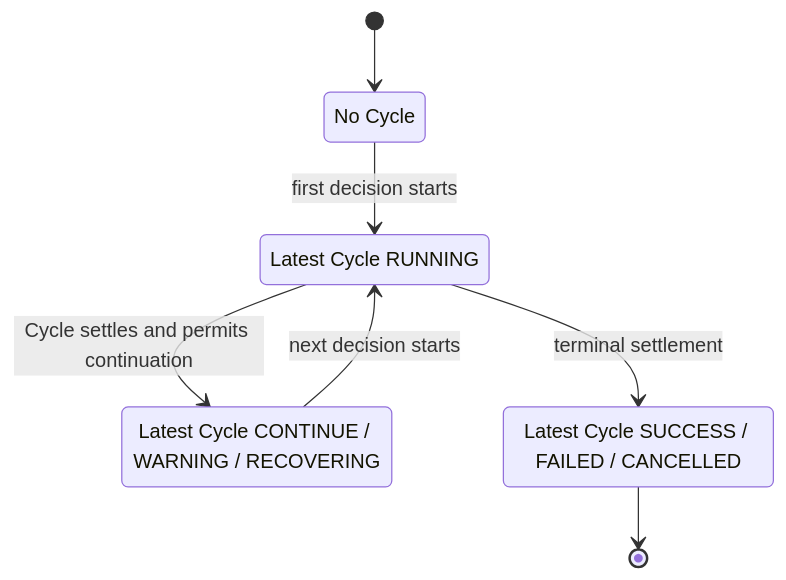
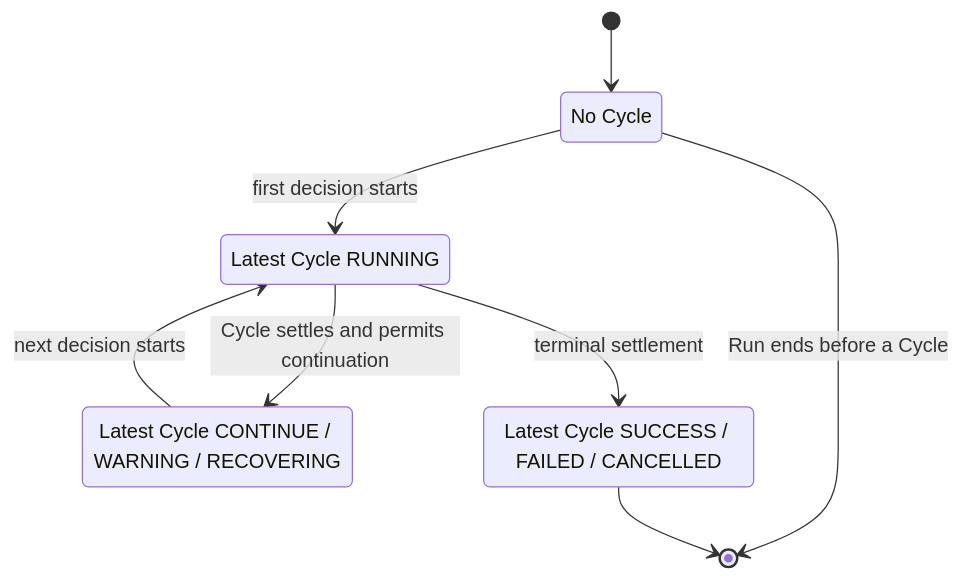
Before and after one commit to stark-lin/job-agent-browser: the second of 3 diagrams in docs/agent-runtime.md, drawn with Mermaid. The commit also changed other lines of this file and 121 other files, not shown here.

````diff
--- a/docs/agent-runtime.md
+++ b/docs/agent-runtime.md
@@ -40,13 +42,14 @@
 ```mermaid
 stateDiagram-v2
     state "No Cycle" as Empty
     state "Latest Cycle RUNNING" as Active
     state "Latest Cycle CONTINUE / WARNING / RECOVERING" as Next
     state "Latest Cycle SUCCESS / FAILED / CANCELLED" as Stop
     [*] --> Empty
     Empty --> Active: first decision starts
     Active --> Next: Cycle settles and permits continuation
     Next --> Active: next decision starts
     Active --> Stop: terminal settlement
+    Empty --> [*]: Run ends before a Cycle
     Stop --> [*]
 ```
````
